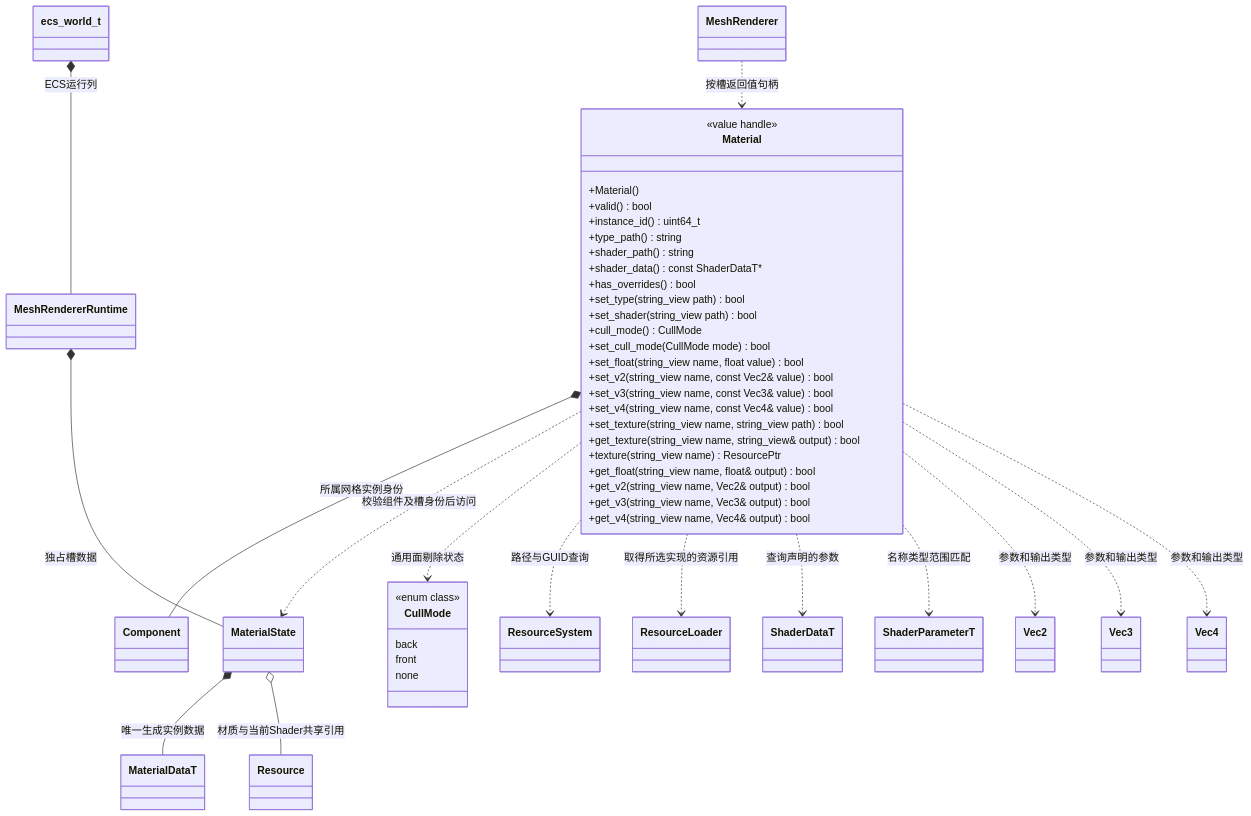
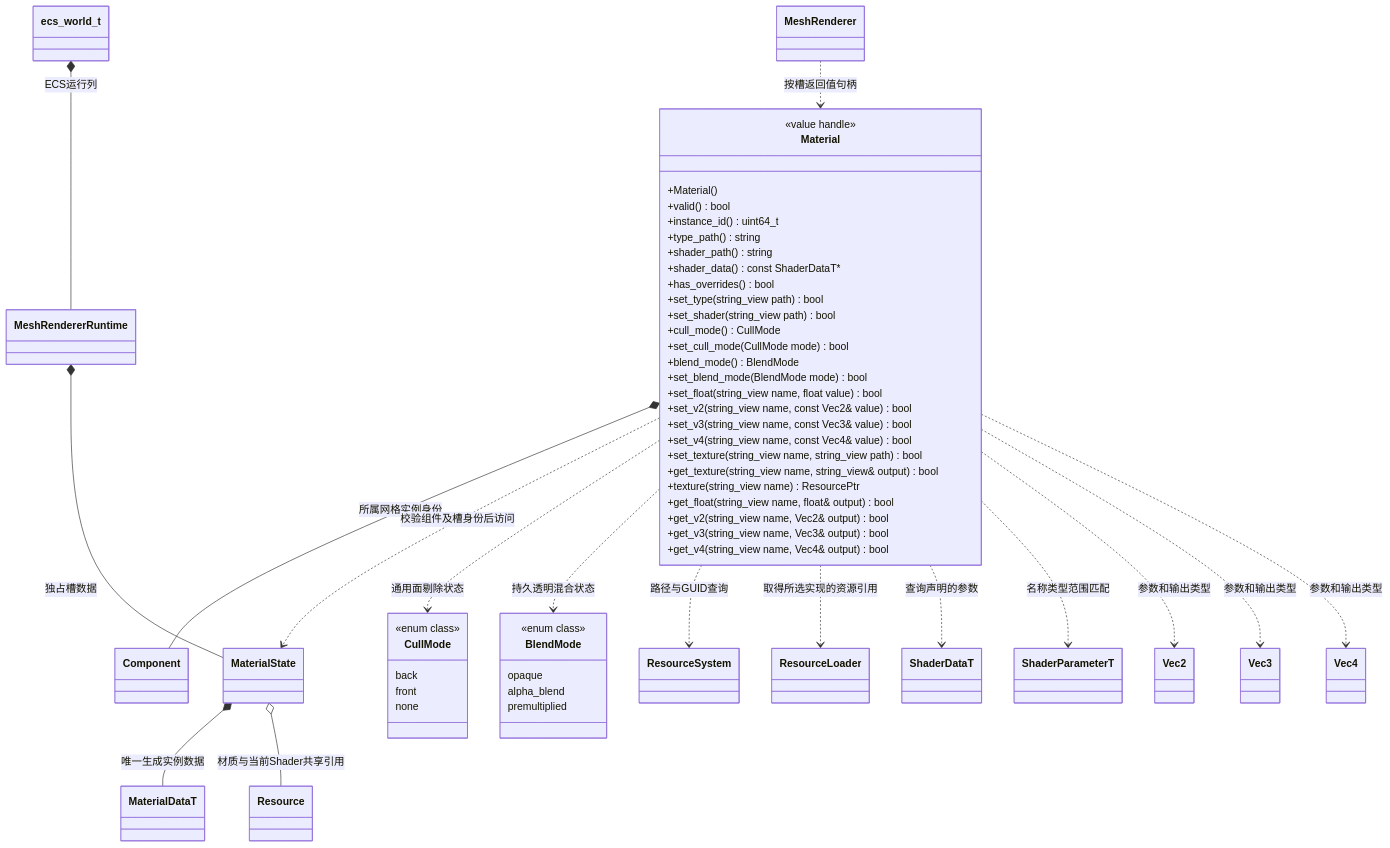
The diagram in docs/runtime/class-diagrams/material.md (lcals/Engine), drawn with Mermaid before and after one commit. The commit also changed other lines of this file and 222 other files, not shown here.

Commit message:
Consolidate editor asset imports and align architecture documentation

````diff
--- a/docs/runtime/class-diagrams/material.md
+++ b/docs/runtime/class-diagrams/material.md
@@ -5,63 +5,72 @@
 ```mermaid
 classDiagram
     class Material {
         <<value handle>>
         +Material()
         +valid() bool
         +instance_id() uint64_t
         +type_path() string
         +shader_path() string
         +shader_data() const ShaderDataT#42;
         +has_overrides() bool
         +set_type(string_view path) bool
         +set_shader(string_view path) bool
         +cull_mode() CullMode
         +set_cull_mode(CullMode mode) bool
+        +blend_mode() BlendMode
+        +set_blend_mode(BlendMode mode) bool
         +set_float(string_view name, float value) bool
         +set_v2(string_view name, const Vec2& value) bool
         +set_v3(string_view name, const Vec3& value) bool
         +set_v4(string_view name, const Vec4& value) bool
         +set_texture(string_view name, string_view path) bool
         +get_texture(string_view name, string_view& output) bool
         +texture(string_view name) ResourcePtr
         +get_float(string_view name, float& output) bool
         +get_v2(string_view name, Vec2& output) bool
         +get_v3(string_view name, Vec3& output) bool
         +get_v4(string_view name, Vec4& output) bool
     }
     class MeshRenderer
     class Component
     class MaterialState
     class MeshRendererRuntime
     class ecs_world_t
     class ResourceSystem
     class ResourceLoader
     class Resource
     class MaterialDataT
     class CullMode {
         <<enum class>>
         back
         front
         none
     }
+    class BlendMode {
+        <<enum class>>
+        opaque
+        alpha_blend
+        premultiplied
+    }
     class ShaderDataT
     class ShaderParameterT
     class Vec2
     class Vec3
     class Vec4
     MeshRenderer ..> Material : 按槽返回值句柄
     Material *-- Component : 所属网格实例身份
     Material ..> MaterialState : 校验组件及槽身份后访问
     ecs_world_t *-- MeshRendererRuntime : ECS运行列
     MeshRendererRuntime *-- MaterialState : 独占槽数据
     MaterialState *-- MaterialDataT : 唯一生成实例数据
     Material ..> CullMode : 通用面剔除状态
+    Material ..> BlendMode : 持久透明混合状态
     Material ..> ResourceSystem : 路径与GUID查询
     Material ..> ResourceLoader : 取得所选实现的资源引用
     MaterialState o-- Resource : 材质与当前Shader共享引用
     Material ..> ShaderDataT : 查询声明的参数
     Material ..> ShaderParameterT : 名称类型范围匹配
     Material ..> Vec2 : 参数和输出类型
     Material ..> Vec3 : 参数和输出类型
     Material ..> Vec4 : 参数和输出类型
 ```
````
